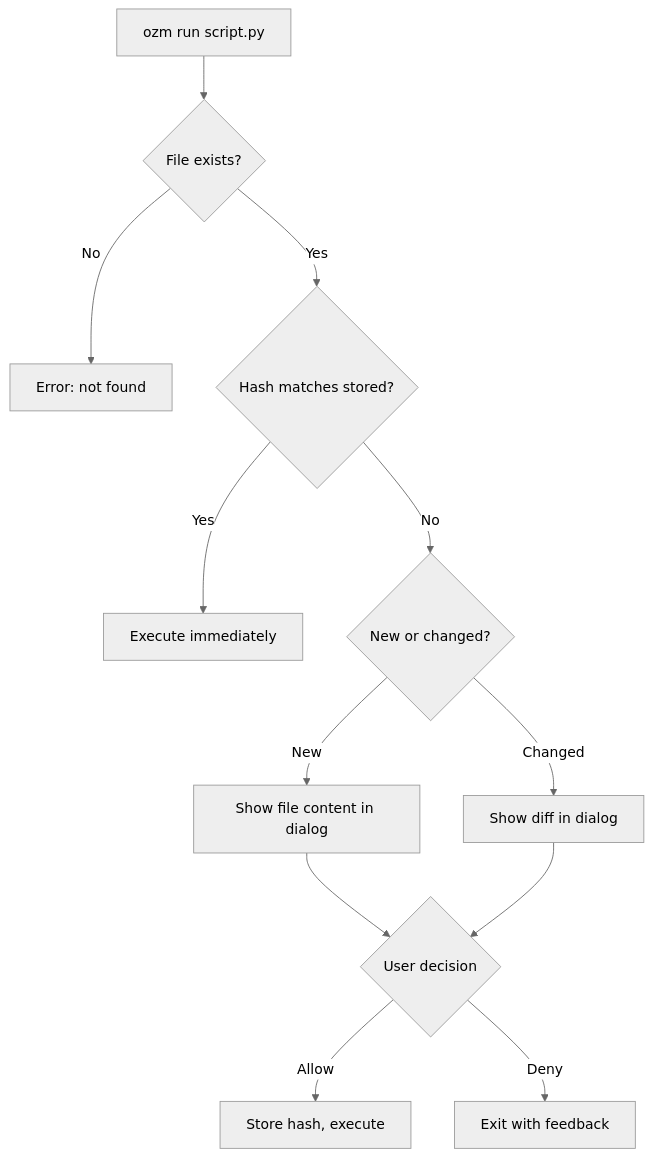
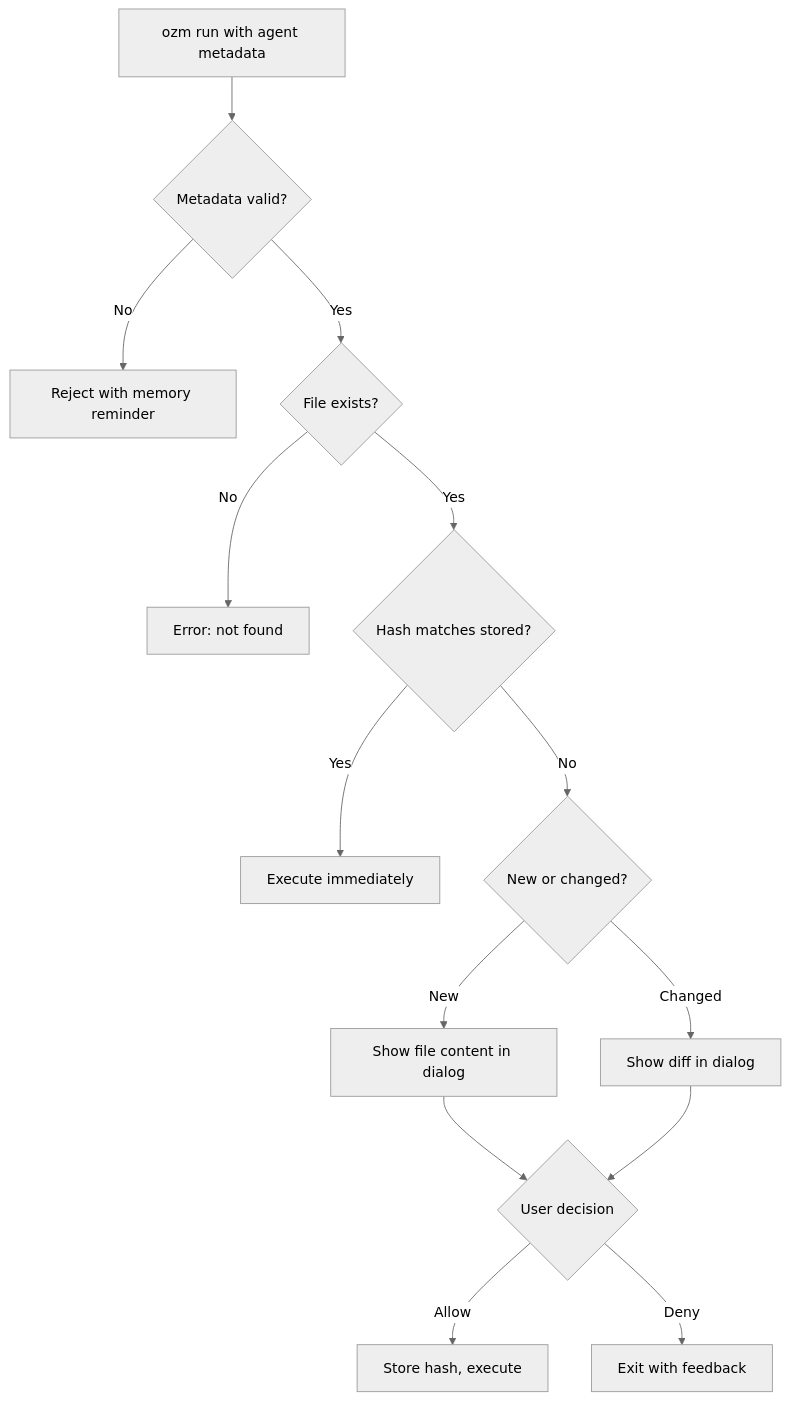
Before and after one commit to kamyar/ozm: the first of 2 diagrams in docs/commands.md, drawn with Mermaid (neutral theme). The commit also changed other lines of this file and 11 other files, not shown here.

Commit message:
Require agent metadata in ozm approvals

````diff
--- a/docs/commands.md
+++ b/docs/commands.md
@@ -42,14 +42,16 @@
 ```mermaid
 flowchart TD
-    A[ozm run script.py] --> B{File exists?}
-    B -->|No| E[Error: not found]
-    B -->|Yes| C{Hash matches stored?}
-    C -->|Yes| D[Execute immediately]
-    C -->|No| F{New or changed?}
+    A[ozm run with agent metadata] --> B{Metadata valid?}
+    B -->|No| M[Reject with memory reminder]
+    B -->|Yes| C{File exists?}
+    C -->|No| E[Error: not found]
+    C -->|Yes| D{Hash matches stored?}
+    D -->|Yes| X[Execute immediately]
+    D -->|No| F{New or changed?}
     F -->|New| G[Show file content in dialog]
     F -->|Changed| H[Show diff in dialog]
     G --> I{User decision}
     H --> I
     I -->|Allow| J[Store hash, execute]
     I -->|Deny| K[Exit with feedback]
 ```
````
